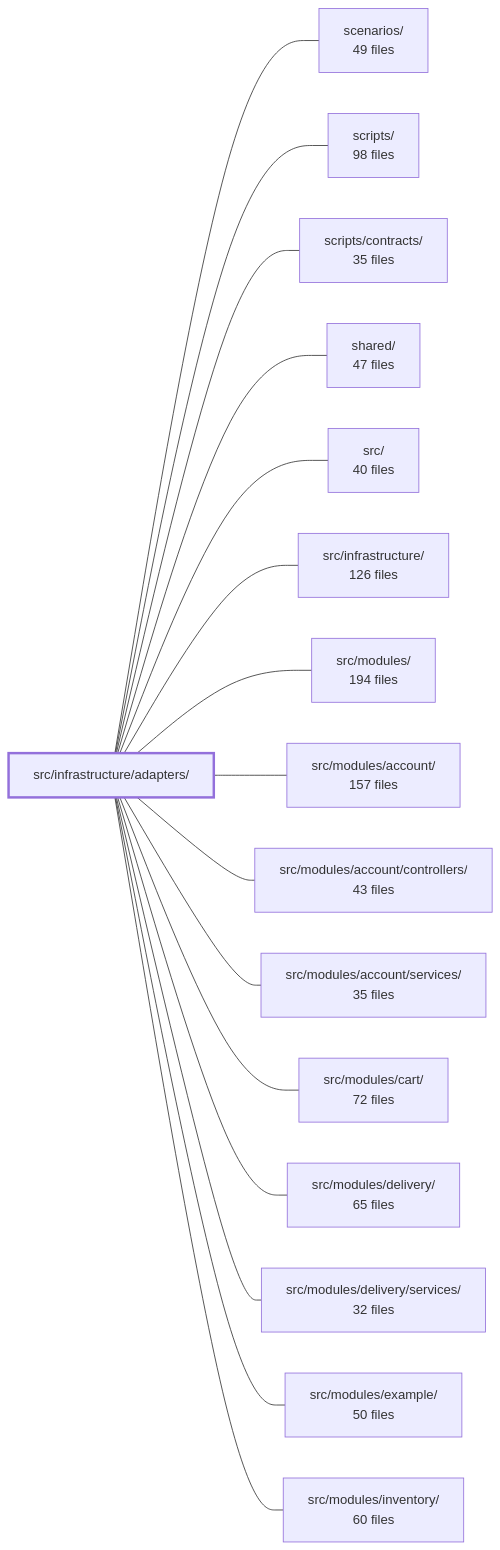
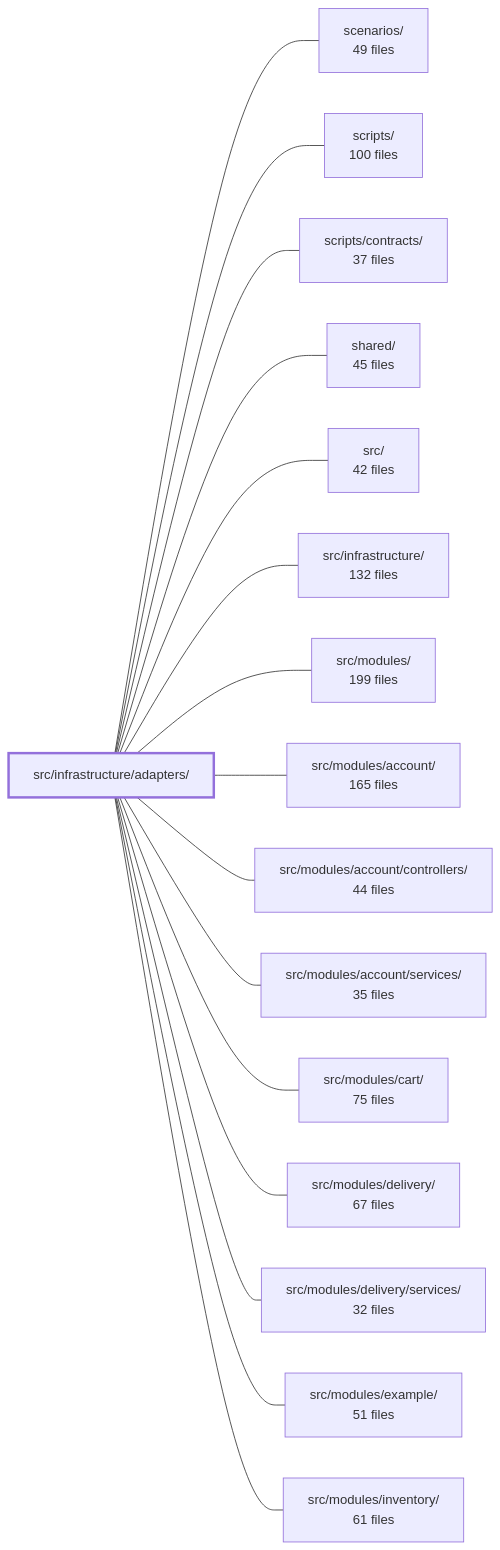
One commit to Guebbit/boilerplate-node-backend changed the diagram in .2brain/modules/boilerplate-node-backend_src_infrastructure_adapters.md. Above: the diagram before and after it, drawn with Mermaid. The commit also changed other lines of this file and 1102 other files, not shown here.

````diff
--- a/.2brain/modules/boilerplate-node-backend_src_infrastructure_adapters.md
+++ b/.2brain/modules/boilerplate-node-backend_src_infrastructure_adapters.md
@@ -43,35 +49,35 @@
 ```mermaid
 flowchart LR
     m_src_infrastructure_adapters["src/infrastructure/adapters/"]
     m_scenarios["scenarios/<br/>49 files"]
-    m_scripts["scripts/<br/>98 files"]
-    m_scripts_contracts["scripts/contracts/<br/>35 files"]
-    m_shared["shared/<br/>47 files"]
-    m_src["src/<br/>40 files"]
-    m_src_infrastructure["src/infrastructure/<br/>126 files"]
-    m_src_modules["src/modules/<br/>194 files"]
-    m_src_modules_account["src/modules/account/<br/>157 files"]
-    m_src_modules_account_controllers["src/modules/account/controllers/<br/>43 files"]
+    m_scripts["scripts/<br/>100 files"]
+    m_scripts_contracts["scripts/contracts/<br/>37 files"]
+    m_shared["shared/<br/>45 files"]
+    m_src["src/<br/>42 files"]
+    m_src_infrastructure["src/infrastructure/<br/>132 files"]
+    m_src_modules["src/modules/<br/>199 files"]
+    m_src_modules_account["src/modules/account/<br/>165 files"]
+    m_src_modules_account_controllers["src/modules/account/controllers/<br/>44 files"]
     m_src_modules_account_services["src/modules/account/services/<br/>35 files"]
-    m_src_modules_cart["src/modules/cart/<br/>72 files"]
-    m_src_modules_delivery["src/modules/delivery/<br/>65 files"]
+    m_src_modules_cart["src/modules/cart/<br/>75 files"]
+    m_src_modules_delivery["src/modules/delivery/<br/>67 files"]
     m_src_modules_delivery_services["src/modules/delivery/services/<br/>32 files"]
-    m_src_modules_example["src/modules/example/<br/>50 files"]
-    m_src_modules_inventory["src/modules/inventory/<br/>60 files"]
+    m_src_modules_example["src/modules/example/<br/>51 files"]
+    m_src_modules_inventory["src/modules/inventory/<br/>61 files"]
     m_src_infrastructure_adapters --- m_scenarios
     m_src_infrastructure_adapters --- m_scripts
     m_src_infrastructure_adapters --- m_scripts_contracts
     m_src_infrastructure_adapters --- m_shared
     m_src_infrastructure_adapters --- m_src
     m_src_infrastructure_adapters --- m_src_infrastructure
     m_src_infrastructure_adapters --- m_src_modules
     m_src_infrastructure_adapters --- m_src_modules_account
     m_src_infrastructure_adapters --- m_src_modules_account_controllers
     m_src_infrastructure_adapters --- m_src_modules_account_services
     m_src_infrastructure_adapters --- m_src_modules_cart
     m_src_infrastructure_adapters --- m_src_modules_delivery
     m_src_infrastructure_adapters --- m_src_modules_delivery_services
     m_src_infrastructure_adapters --- m_src_modules_example
     m_src_infrastructure_adapters --- m_src_modules_inventory
     style m_src_infrastructure_adapters stroke-width:3px
 ```
````
